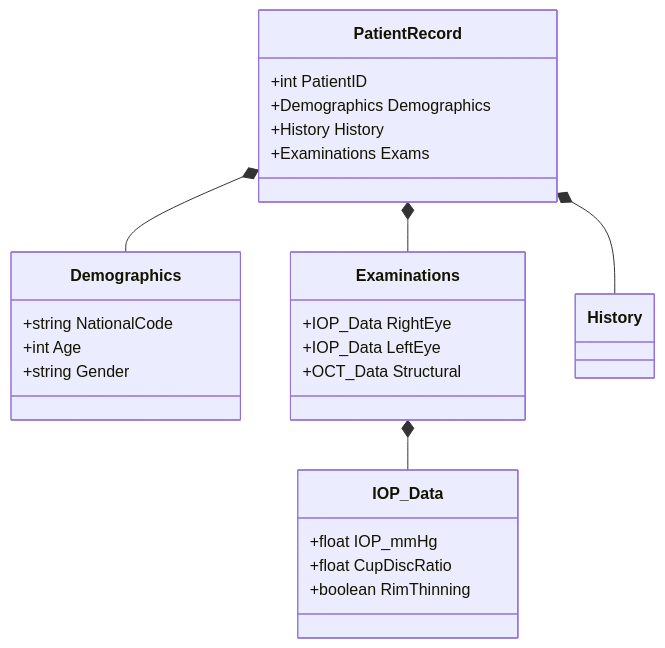
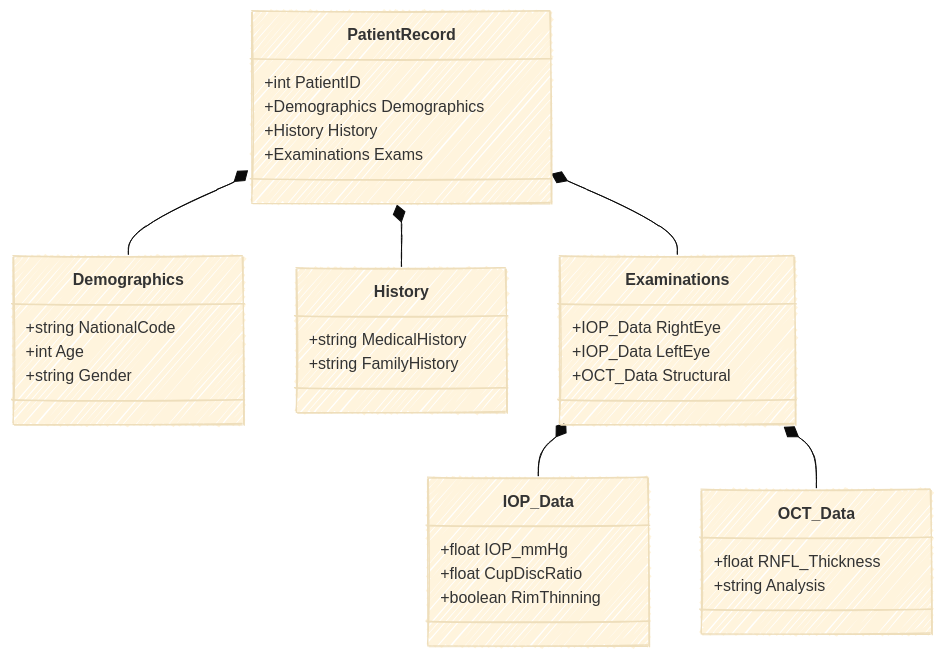
Before and after one commit to tanhaei/NSO-CBM: the diagram in README.md, drawn with Mermaid.

````diff
--- a/README.md
+++ b/README.md
@@ -97,32 +97,56 @@
 ```mermaid
+---
+config:
+  look: handDrawn
+  theme: base
+---
 classDiagram
-    class PatientRecord {
+    classDef root fill:#ff7675,stroke:#2d3436,stroke-width:3px,color:white,font-weight:bold;
+    classDef structural fill:#74b9ff,stroke:#2d3436,stroke-width:2px,color:white;
+    classDef detail fill:#55efc4,stroke:#2d3436,stroke-width:2px,color:#2d3436;
+    
+    %% کلاس اصلی
+    class PatientRecord:::root {
         +int PatientID
         +Demographics Demographics
         +History History
         +Examinations Exams
     }
 
-    class Demographics {
+    %% کلاس‌های میانی
+    class Demographics:::structural {
         +string NationalCode
         +int Age
         +string Gender
     }
 
-    class Examinations {
+    class History:::structural {
+        +string MedicalHistory
+        +string FamilyHistory
+    }
+
+    class Examinations:::structural {
         +IOP_Data RightEye
         +IOP_Data LeftEye
         +OCT_Data Structural
     }
 
-    class IOP_Data {
+    %% کلاس‌های جزئیات
+    class IOP_Data:::detail {
         +float IOP_mmHg
         +float CupDiscRatio
         +boolean RimThinning
     }
+    
+    class OCT_Data:::detail {
+        +float RNFL_Thickness
+        +string Analysis
+    }
 
+    %% روابط
     PatientRecord *-- Demographics
     PatientRecord *-- History
     PatientRecord *-- Examinations
     Examinations *-- IOP_Data
+    Examinations *-- OCT_Data
 ```
````
